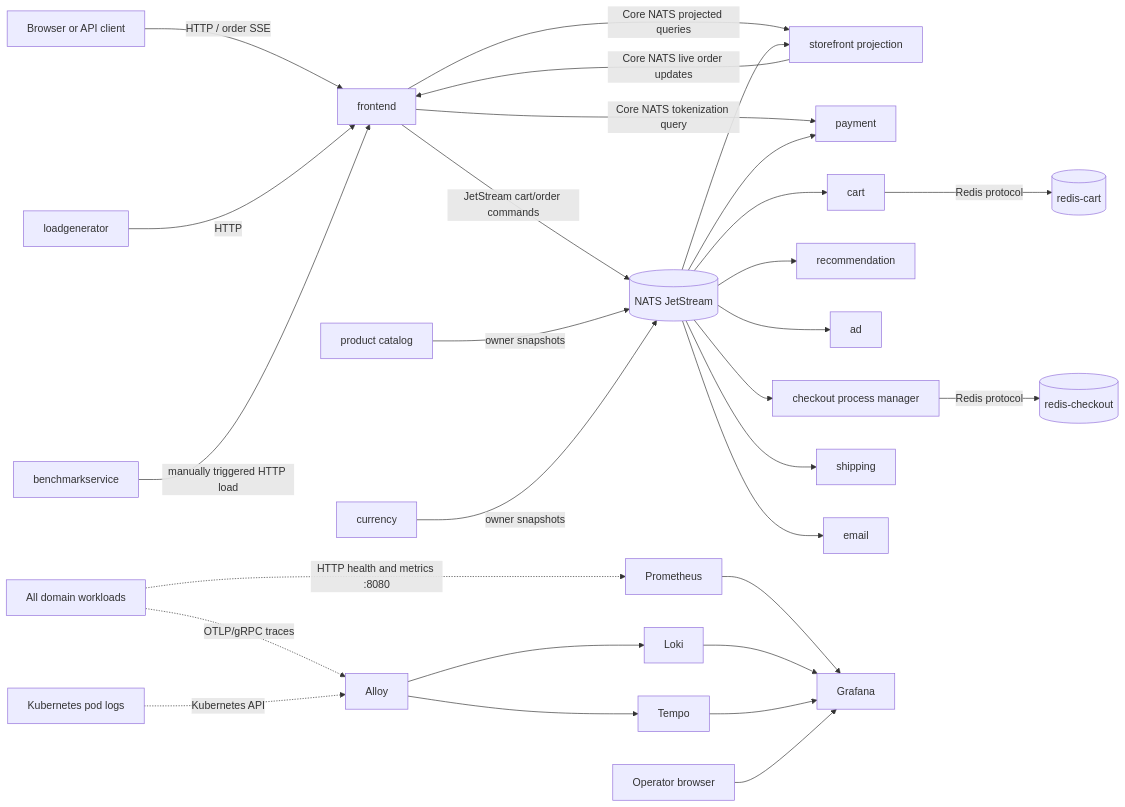
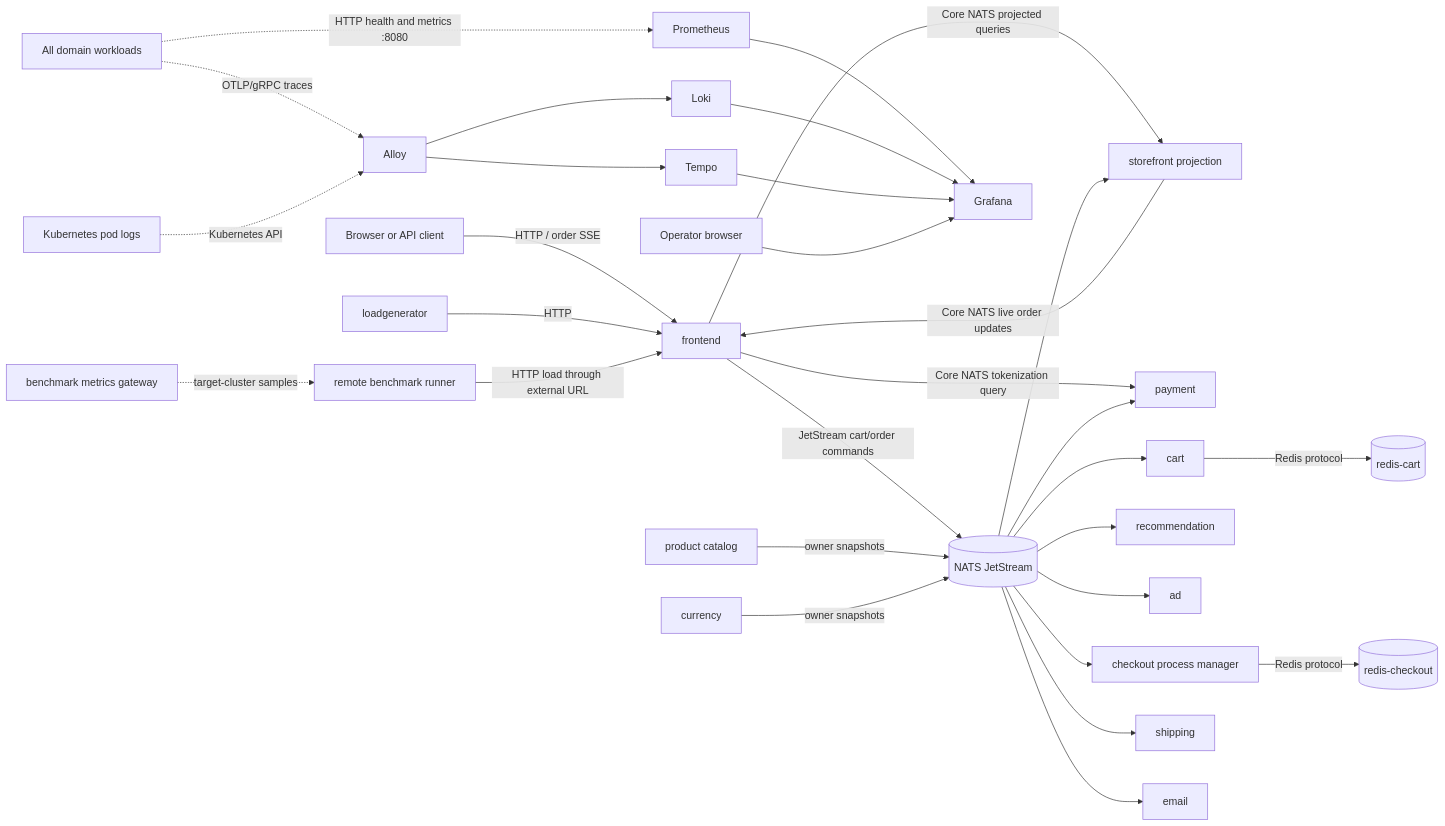
One commit to Matslo1234/microservices-demo-nats changed the diagram in README.md. Above: the diagram before and after it, drawn with Mermaid. The commit also changed other lines of this file and 30 other files, not shown here.

Commit message:
allow running benchmark on an external url

````diff
--- a/README.md
+++ b/README.md
@@ -19,34 +19,35 @@
 ```mermaid
 flowchart LR
     User[Browser or API client] -->|HTTP / order SSE| FE[frontend]
     Load[loadgenerator] -->|HTTP| FE
-    Benchmark[benchmarkservice] -->|manually triggered HTTP load| FE
+    Benchmark[remote benchmark runner] -->|HTTP load through external URL| FE
+    Metrics[benchmark metrics gateway] -.->|target-cluster samples| Benchmark
 
     FE -->|Core NATS projected queries| Projection[storefront projection]
     Projection -->|Core NATS live order updates| FE
     FE -->|JetStream cart/order commands| NATS[(NATS JetStream)]
     FE -->|Core NATS tokenization query| Payment[payment]
 
     Catalog[product catalog] -->|owner snapshots| NATS
     Currency[currency] -->|owner snapshots| NATS
     NATS --> Cart[cart]
     NATS --> Recommendation[recommendation]
     NATS --> Ad[ad]
     NATS --> Checkout[checkout process manager]
     NATS --> Shipping[shipping]
     NATS --> Payment
     NATS --> Email[email]
     NATS --> Projection
     Cart -->|Redis protocol| CartRedis[(redis-cart)]
     Checkout -->|Redis protocol| CheckoutRedis[(redis-checkout)]
 
     Apps[All domain workloads] -.->|HTTP health and metrics :8080| Prometheus
     Apps -.->|OTLP/gRPC traces| Alloy
     Kubernetes[Kubernetes pod logs] -.->|Kubernetes API| Alloy
     Alloy --> Loki
     Alloy --> Tempo
     Prometheus --> Grafana
     Loki --> Grafana
     Tempo --> Grafana
     Operator[Operator browser] --> Grafana
 ```
````
